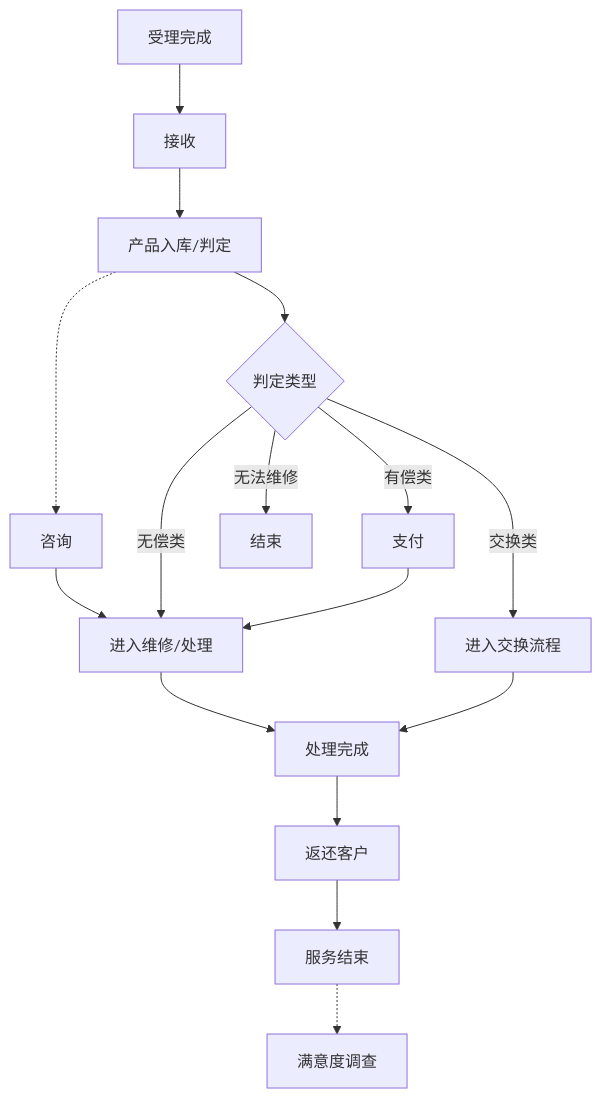
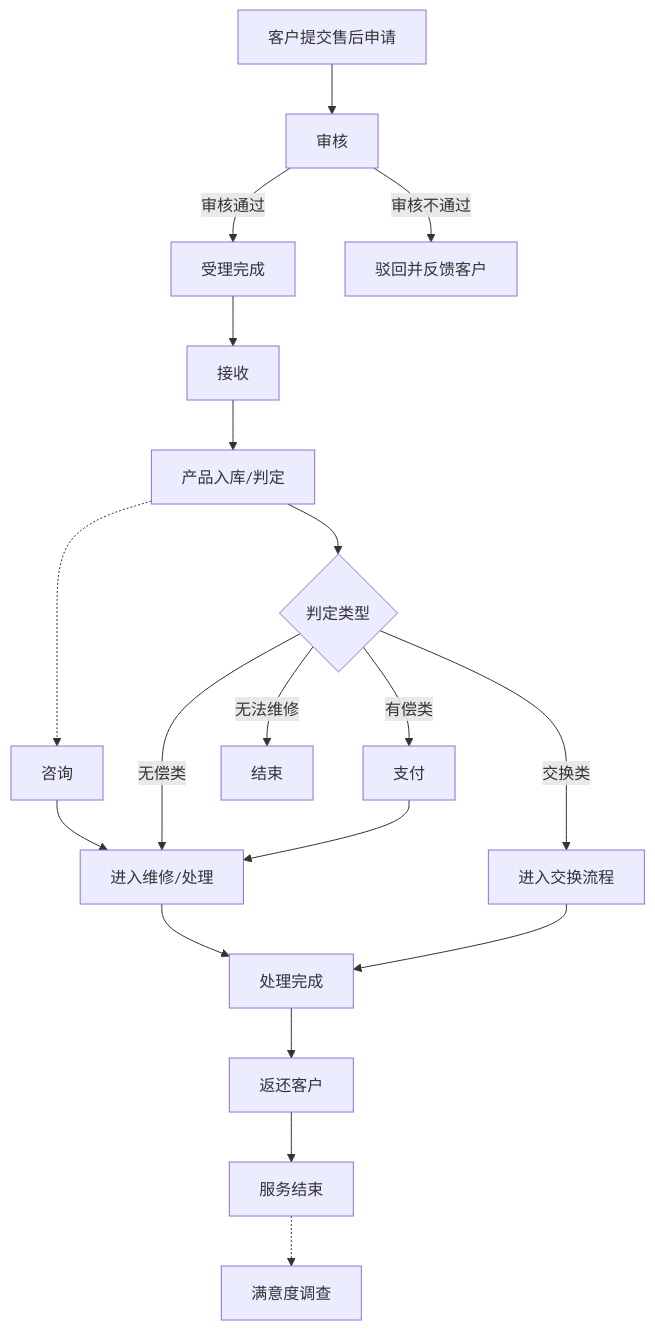
One commit to guguohai/gmps changed the first of 33 diagrams in 文档/GM系统需求说明.md. Above: the diagram before and after it, drawn with Mermaid. The commit also changed other lines of this file and 8 other files, not shown here.

````diff
--- a/文档/GM系统需求说明.md
+++ b/文档/GM系统需求说明.md
@@ -112,23 +120,27 @@
 ```mermaid
 flowchart TD
 
-A[受理完成] --> B[接收]
-B --> C[产品入库/判定]
+A[客户提交售后申请] --> B[审核]
+B -->|审核通过| C[受理完成]
+B -->|审核不通过| X[驳回并反馈客户]
 
-C --> D{判定类型}
-C -.-> N[咨询]
-N --> F[进入维修/处理]
+C --> D[接收]
+D --> E[产品入库/判定]
 
-D -->|有偿类| E[支付]
-D -->|无偿类| F
-D -->|交换类| G[进入交换流程]
-D -->|无法维修| H[结束]
+E --> F{判定类型}
+E -.-> O[咨询]
+O --> H[进入维修/处理]
 
-E --> F
-F --> J[处理完成]
-G --> J
+F -->|有偿类| G[支付]
+F -->|无偿类| H
+F -->|交换类| I[进入交换流程]
+F -->|无法维修| J[结束]
 
-J --> K[返还客户]
-K --> L[服务结束]
-L -.-> M[满意度调查]
+G --> H
+H --> K[处理完成]
+I --> K
+
+K --> L[返还客户]
+L --> M[服务结束]
+M -.-> N[满意度调查]
 ```
````
